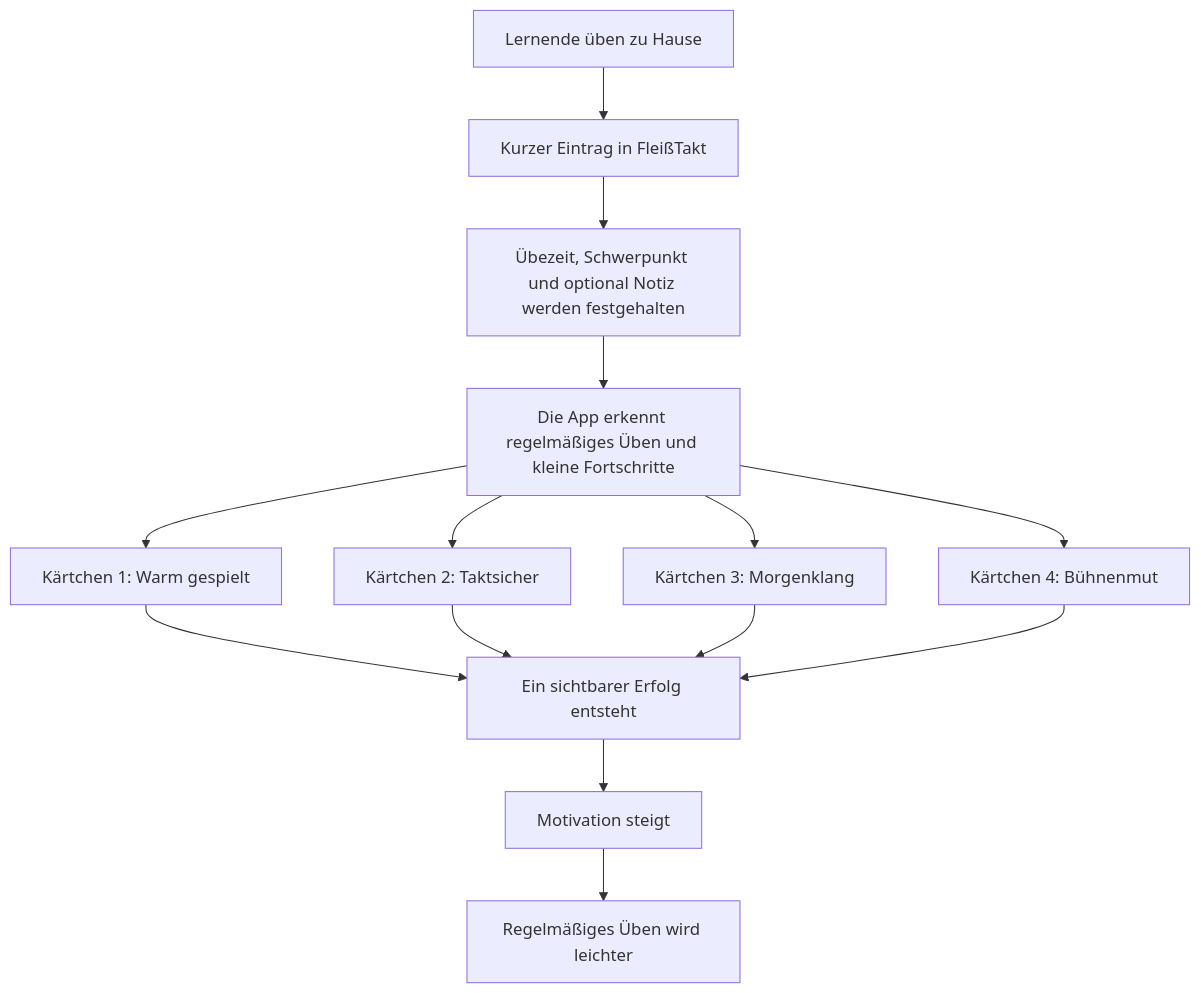
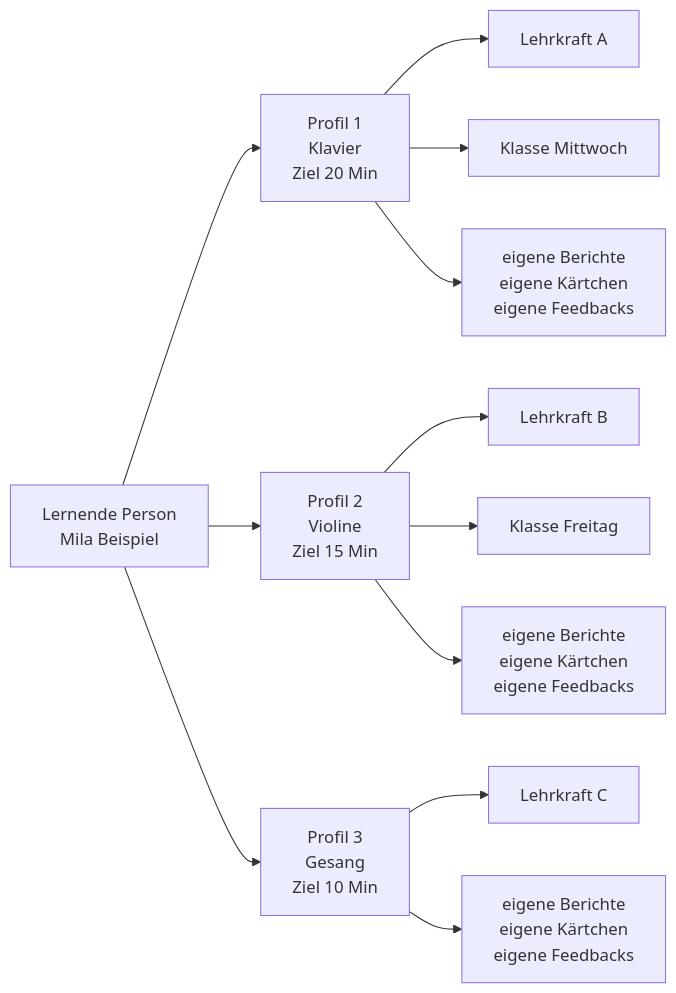
The second of 3 diagrams in README.md (marsrakete/fleisstakt), drawn with Mermaid before and after one commit. The commit also changed other lines of this file and 16 other files, not shown here.

````diff
--- a/README.md
+++ b/README.md
@@ -34,19 +74,17 @@
 ```mermaid
-flowchart TD
-    A["Lernende üben zu Hause"] --> B["Kurzer Eintrag in FleißTakt"]
-    B --> C["Übezeit, Schwerpunkt und optional Notiz werden festgehalten"]
-    C --> D["Die App erkennt regelmäßiges Üben und kleine Fortschritte"]
+flowchart LR
+    L["Lernende Person<br/>Mila Beispiel"] --> P1["Profil 1<br/>Klavier<br/>Ziel 20 Min"]
+    L --> P2["Profil 2<br/>Violine<br/>Ziel 15 Min"]
+    L --> P3["Profil 3<br/>Gesang<br/>Ziel 10 Min"]
 
-    D --> E["Kärtchen 1: Warm gespielt"]
-    D --> F["Kärtchen 2: Taktsicher"]
-    D --> G["Kärtchen 3: Morgenklang"]
-    D --> H["Kärtchen 4: Bühnenmut"]
+    P1 --> T1["Lehrkraft A"]
+    P2 --> T2["Lehrkraft B"]
+    P3 --> T3["Lehrkraft C"]
 
-    E --> I["Ein sichtbarer Erfolg entsteht"]
-    F --> I
-    G --> I
-    H --> I
+    P1 --> C1["Klasse Mittwoch"]
+    P2 --> C2["Klasse Freitag"]
 
-    I --> J["Motivation steigt"]
-    J --> K["Regelmäßiges Üben wird leichter"]
+    P1 --> S1["eigene Berichte<br/>eigene Kärtchen<br/>eigene Feedbacks"]
+    P2 --> S2["eigene Berichte<br/>eigene Kärtchen<br/>eigene Feedbacks"]
+    P3 --> S3["eigene Berichte<br/>eigene Kärtchen<br/>eigene Feedbacks"]
 ```
````
